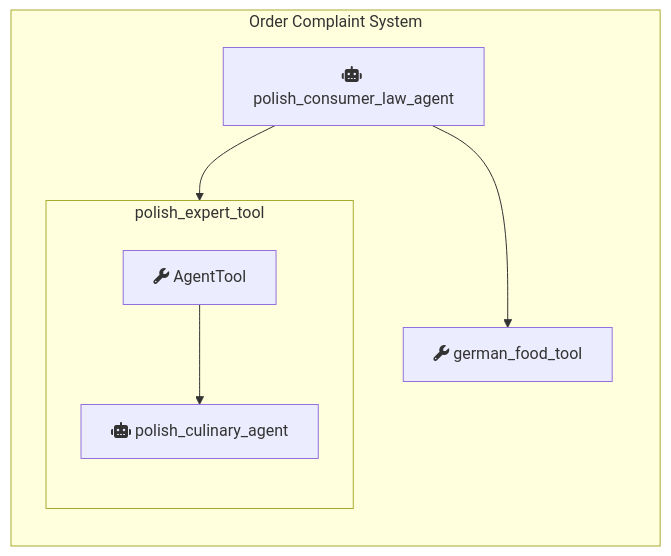
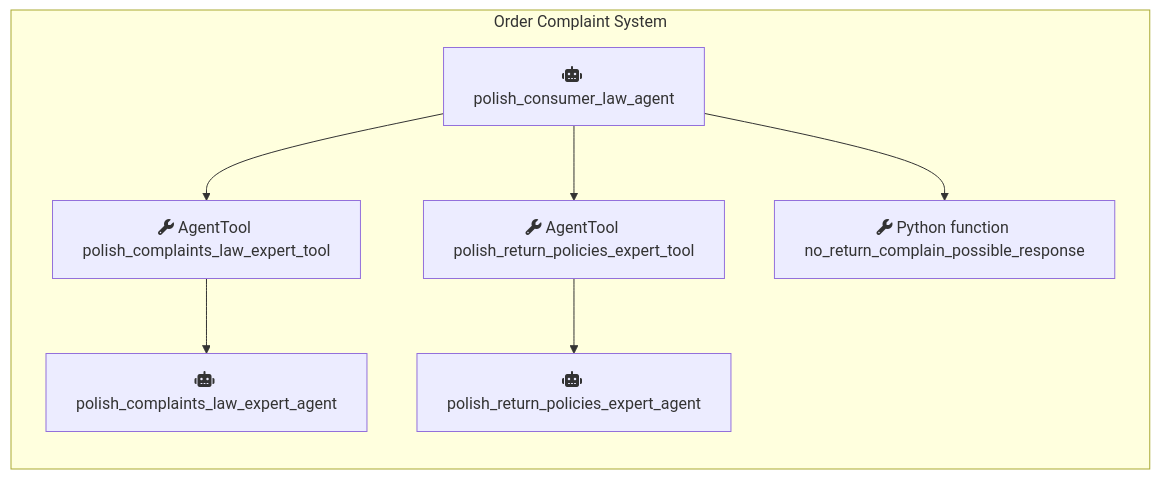
One commit to margosmat/eskadra-bielik-misja1 changed the third of 3 diagrams in README.md. Above: the diagram before and after it, drawn with Mermaid.

Commit message:
graph update

````diff
--- a/README.md
+++ b/README.md
@@ -233,21 +233,19 @@
 ```mermaid
 graph TD
     subgraph Order Complaint System
         direction TB
 
         %% Define the Root Agent
         A[fa:fa-robot polish_consumer_law_agent]
 
         %% Define the Tools
-        subgraph polish_expert_tool
-            direction TB
-            B[fa:fa-wrench AgentTool] --> C[fa:fa-robot polish_culinary_agent]
-        end
-
-        D[fa:fa-wrench german_food_tool]
+        B[fa:fa-wrench AgentTool polish_complaints_law_expert_tool] --> C[fa:fa-robot polish_complaints_law_expert_agent]
+        D[fa:fa-wrench AgentTool polish_return_policies_expert_tool] --> E[fa:fa-robot polish_return_policies_expert_agent]
+        F[fa:fa-wrench Python function no_return_complain_possible_response]
 
         %% Define the relationships
         A --> B
         A --> D
+        A --> F
     end
 ```
````
